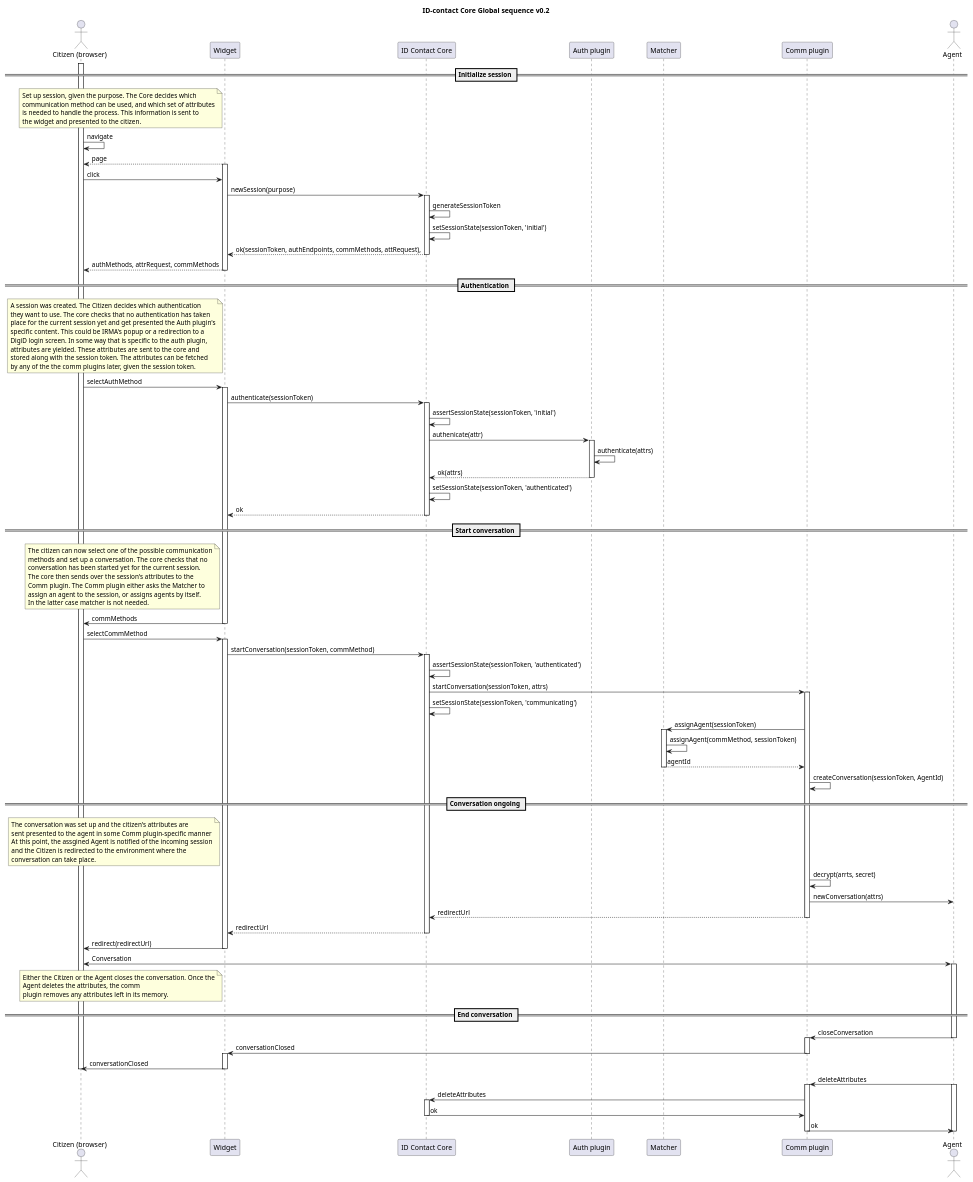
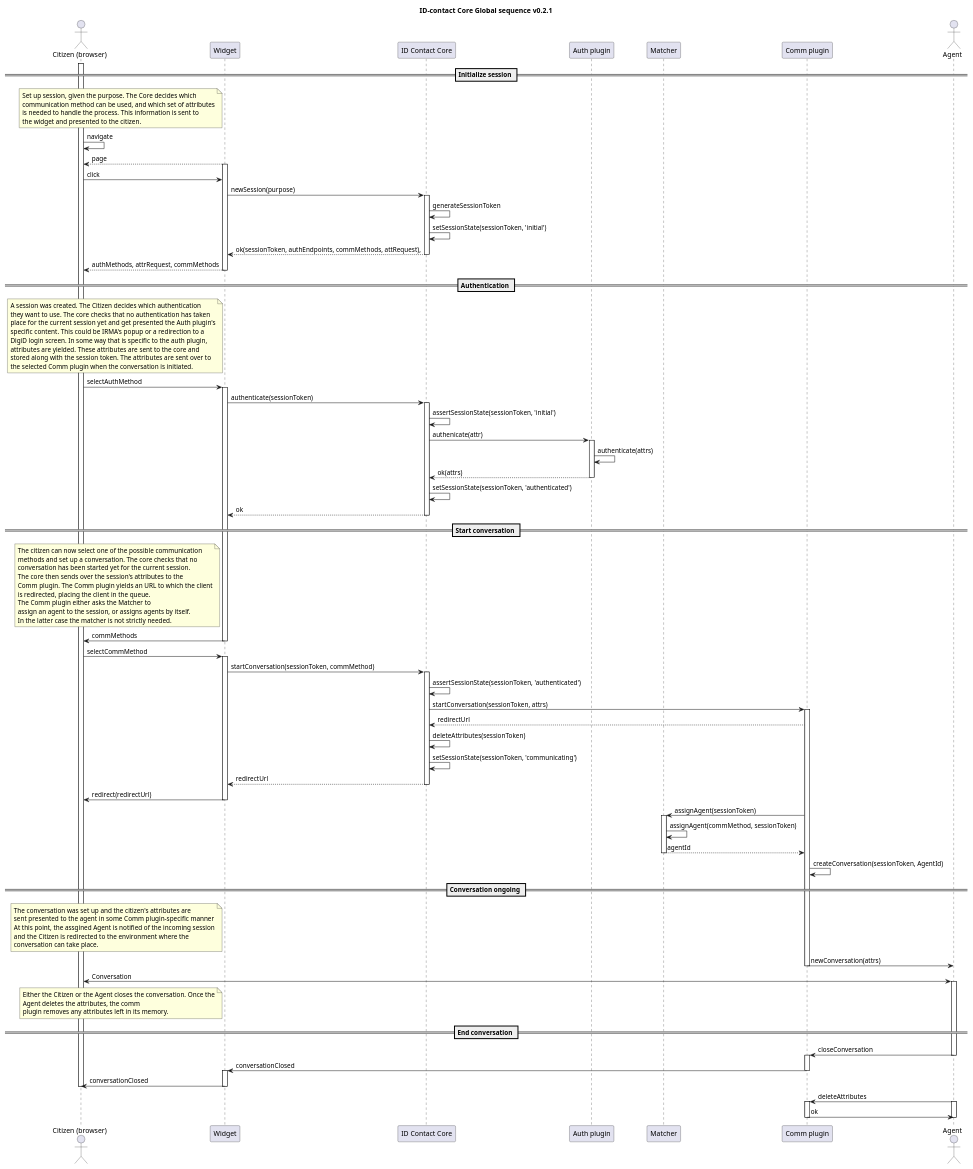
Before and after one commit to id-contact/docs: the diagram in docs/diagrams/global-sequence.puml, drawn with PlantUML.

Commit message:
Delete attributes in core after sending them to the comm plugin; redirect citizen before queueing

```diff
--- a/docs/diagrams/global-sequence.puml
+++ b/docs/diagrams/global-sequence.puml
@@ -2,135 +2,135 @@
 @startuml
-title ID-contact Core Global sequence v0.2
+title ID-contact Core Global sequence v0.2.1
 
 actor "Citizen (browser)" as citizen
 participant "Widget" as widget
 participant "ID Contact Core" as core
 participant "Auth plugin" as auth_plugin
 participant "Matcher" as matcher
 participant "Comm plugin" as comm_plugin
 actor Agent as agent
 
 == Initialize session ==
 note left of widget
 Set up session, given the purpose. The Core decides which 
 communication method can be used, and which set of attributes
 is needed to handle the process. This information is sent to
 the widget and presented to the citizen.
 end note
 
 activate citizen
 citizen->citizen: navigate
 widget-->citizen: page
 activate widget
 citizen->widget: click
 widget->core: newSession(purpose)
 activate core
 core->core: generateSessionToken
 core->core: setSessionState(sessionToken, 'initial')
 core-->widget: ok(sessionToken, authEndpoints, commMethods, attRequest),
 deactivate core
 widget-->citizen: authMethods, attrRequest, commMethods
 deactivate widget
 == Authentication ==
 
 note left of widget
 A session was created. The Citizen decides which authentication
 they want to use. The core checks that no authentication has taken
 place for the current session yet and get presented the Auth plugin's
 specific content. This could be IRMA's popup or a redirection to a 
 DigiD login screen. In some way that is specific to the auth plugin,
 attributes are yielded. These attributes are sent to the core and
-stored along with the session token. The attributes can be fetched 
-by any of the the comm plugins later, given the session token.
+stored along with the session token. The attributes are sent over to
+the selected Comm plugin when the conversation is initiated.
 end note
 citizen->widget: selectAuthMethod
 activate widget
 widget->core: authenticate(sessionToken)
 activate core
 core->core: assertSessionState(sessionToken, 'initial')
 core->auth_plugin: authenicate(attr)
 activate auth_plugin
 auth_plugin->auth_plugin: authenticate(attrs)
 auth_plugin-->core: ok(attrs)
 deactivate auth_plugin
 core->core: setSessionState(sessionToken, 'authenticated')
 core-->widget: ok
 deactivate core
 
 == Start conversation ==
 note left of widget
 The citizen can now select one of the possible communication
 methods and set up a conversation. The core checks that no
 conversation has been started yet for the current session.
 The core then sends over the session's attributes to the 
-Comm plugin. The Comm plugin either asks the Matcher to 
+Comm plugin. The Comm plugin yields an URL to which the client
+is redirected, placing the client in the queue.
+The Comm plugin either asks the Matcher to 
 assign an agent to the session, or assigns agents by itself. 
-In the latter case matcher is not needed.
+In the latter case the matcher is not strictly needed.
 end note
 
 widget->citizen: commMethods
 deactivate widget
 citizen->widget: selectCommMethod
 activate widget
 widget->core: startConversation(sessionToken, commMethod)
 activate core
 core->core: assertSessionState(sessionToken, 'authenticated')
 core->comm_plugin:startConversation(sessionToken, attrs)
 activate comm_plugin
+comm_plugin-->core: redirectUrl
+core->core: deleteAttributes(sessionToken)
 core->core: setSessionState(sessionToken, 'communicating')
+core-->widget:redirectUrl
+deactivate core
+widget->citizen: redirect(redirectUrl)
+deactivate widget
 comm_plugin->matcher: assignAgent(sessionToken)
 activate matcher
 matcher->matcher: assignAgent(commMethod, sessionToken)
 
 matcher-->comm_plugin: agentId
 deactivate matcher
 comm_plugin->comm_plugin:createConversation(sessionToken, AgentId)
 
 == Conversation ongoing ==
 note left of widget
 The conversation was set up and the citizen's attributes are
 sent presented to the agent in some Comm plugin-specific manner
 At this point, the assgined Agent is notified of the incoming session
 and the Citizen is redirected to the environment where the
 conversation can take place.
 end note
 
-comm_plugin->comm_plugin: decrypt(arrts, secret)
 comm_plugin->agent: newConversation(attrs)
-comm_plugin-->core: redirectUrl
 deactivate comm_plugin
-core-->widget:redirectUrl
-deactivate core
-widget->citizen: redirect(redirectUrl)
+
 deactivate widget
 citizen<->agent: Conversation
 activate agent
 
 note left of widget
 Either the Citizen or the Agent closes the conversation. Once the
 Agent deletes the attributes, the comm
 plugin removes any attributes left in its memory.
 end note
 == End conversation ==
 agent->comm_plugin: closeConversation
 deactivate agent
 activate comm_plugin
 comm_plugin->widget: conversationClosed
 deactivate comm_plugin
 activate widget
 widget->citizen: conversationClosed
 deactivate widget
 deactivate citizen
 agent->comm_plugin: deleteAttributes
 activate agent
 activate comm_plugin
-comm_plugin->core: deleteAttributes
-activate core
-core->comm_plugin: ok
-deactivate core
 comm_plugin->agent: ok
 deactivate comm_plugin
 deactivate agent
 
 
 @enduml
```
